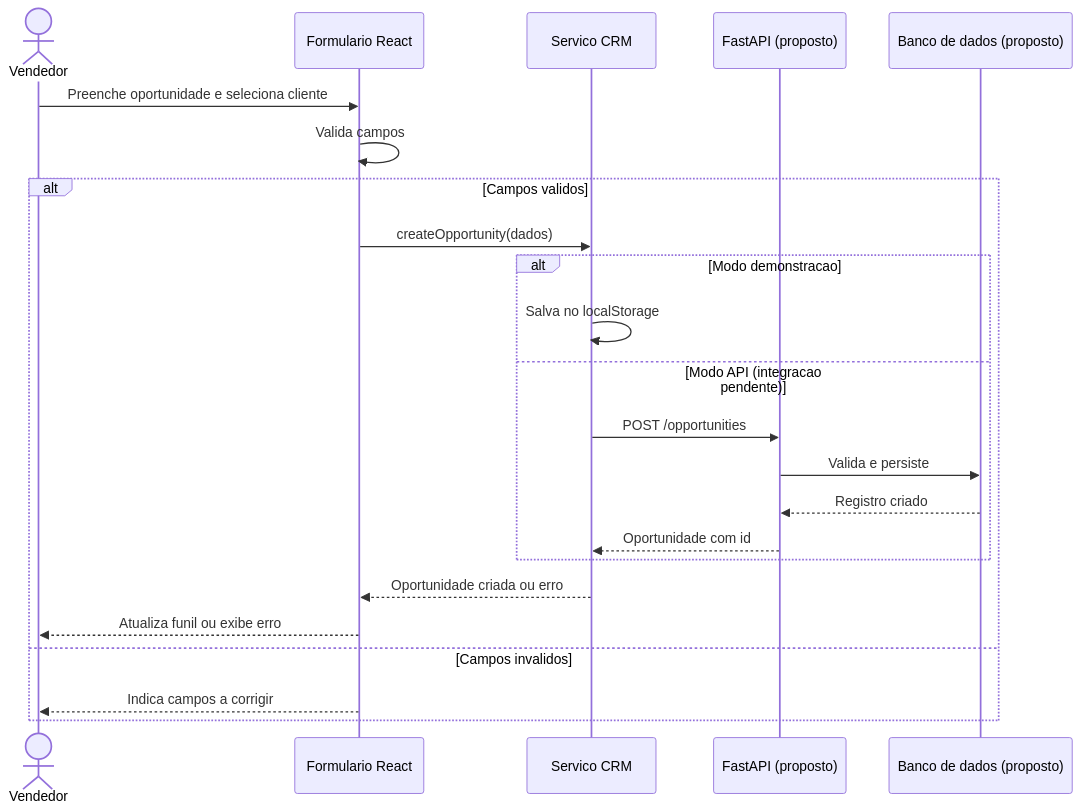
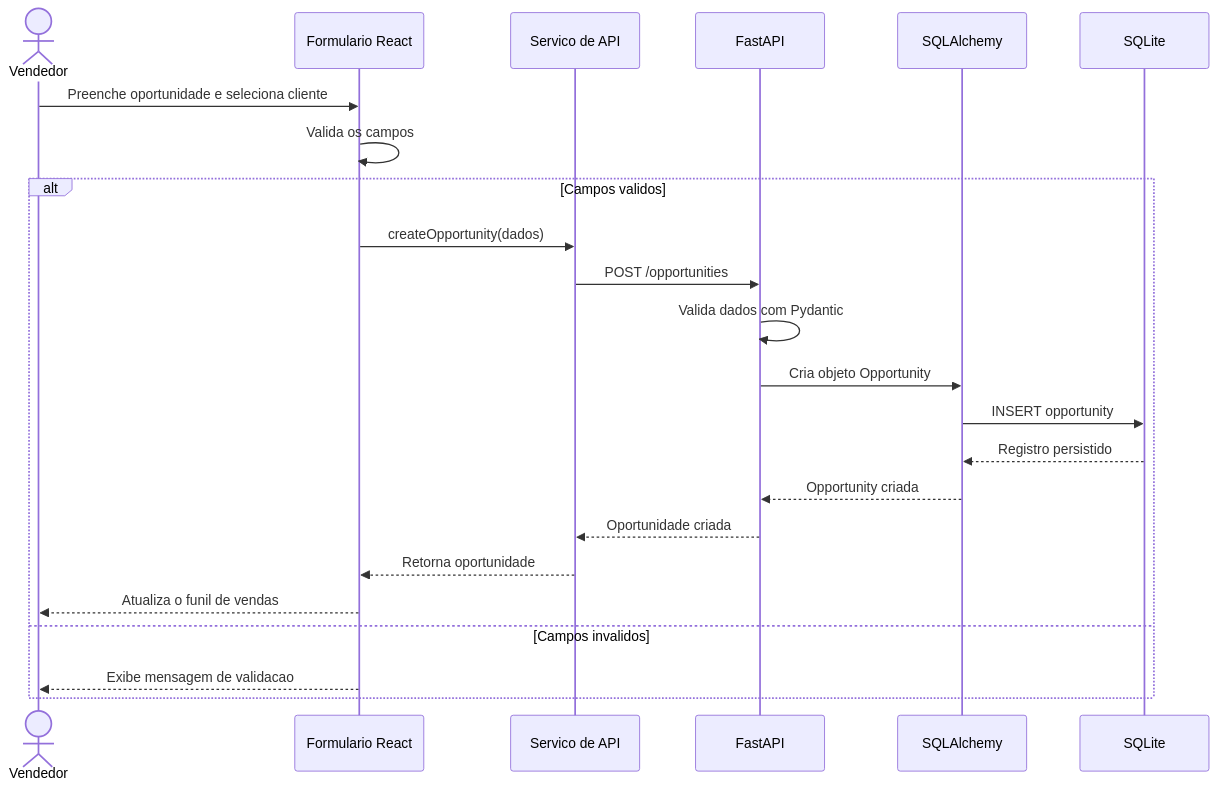
Before and after one commit to anajupm/tp1-eng_software-crm: the second of 2 diagrams in README.md, drawn with Mermaid. The commit also changed other lines of this file, not shown here.

Commit message:
Update README.md
Atualização do diagrama UML alinhado às mudanças do backend.

````diff
--- a/README.md
+++ b/README.md
@@ -96,25 +100,27 @@
 ```mermaid
 sequenceDiagram
     actor Vendedor
     participant Form as Formulario React
-    participant Service as Servico CRM
-    participant API as FastAPI (proposto)
-    participant DB as Banco de dados (proposto)
+    participant Service as Servico de API
+    participant API as FastAPI
+    participant ORM as SQLAlchemy
+    participant DB as SQLite
+
     Vendedor->>Form: Preenche oportunidade e seleciona cliente
-    Form->>Form: Valida campos
+    Form->>Form: Valida os campos
+
     alt Campos validos
         Form->>Service: createOpportunity(dados)
-        alt Modo demonstracao
-            Service->>Service: Salva no localStorage
-        else Modo API (integracao pendente)
-            Service->>API: POST /opportunities
-            API->>DB: Valida e persiste
-            DB-->>API: Registro criado
-            API-->>Service: Oportunidade com id
-        end
-        Service-->>Form: Oportunidade criada ou erro
-        Form-->>Vendedor: Atualiza funil ou exibe erro
+        Service->>API: POST /opportunities
+        API->>API: Valida dados com Pydantic
+        API->>ORM: Cria objeto Opportunity
+        ORM->>DB: INSERT opportunity
+        DB-->>ORM: Registro persistido
+        ORM-->>API: Opportunity criada
+        API-->>Service: Oportunidade criada
+        Service-->>Form: Retorna oportunidade
+        Form-->>Vendedor: Atualiza o funil de vendas
     else Campos invalidos
-        Form-->>Vendedor: Indica campos a corrigir
+        Form-->>Vendedor: Exibe mensagem de validacao
     end
 ```
````
